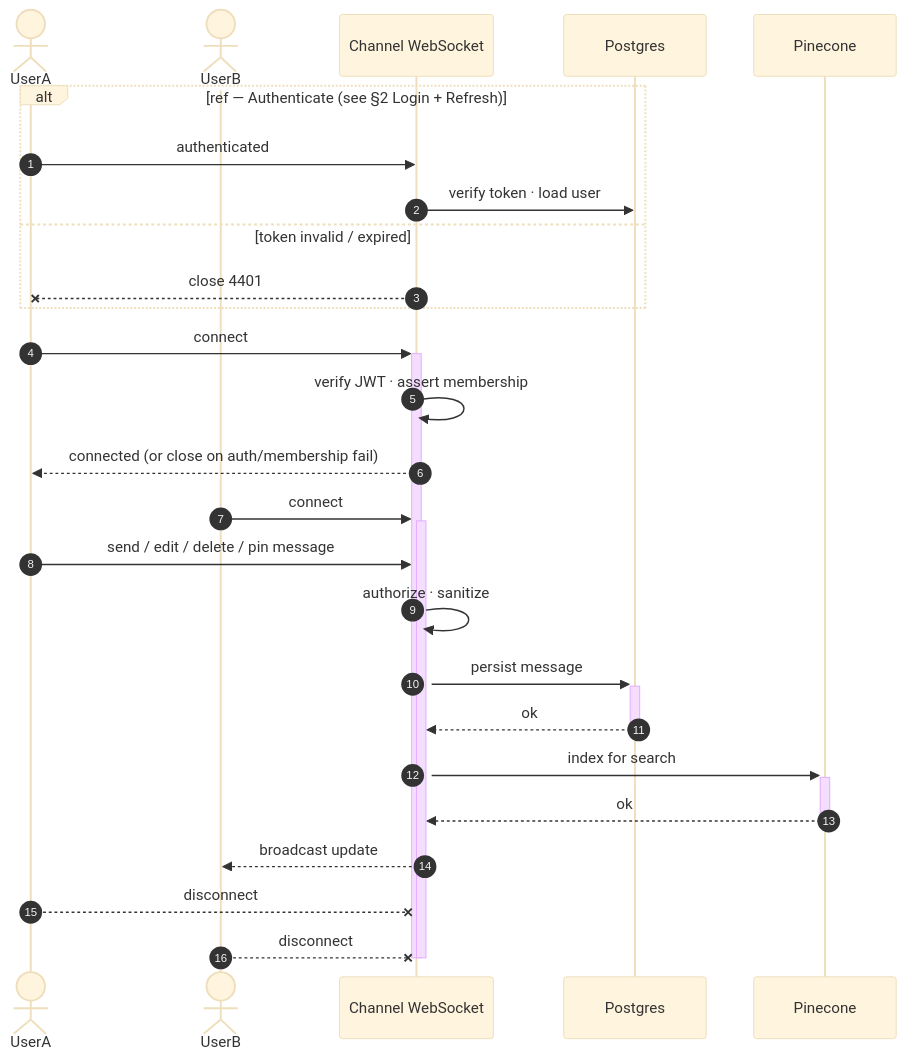
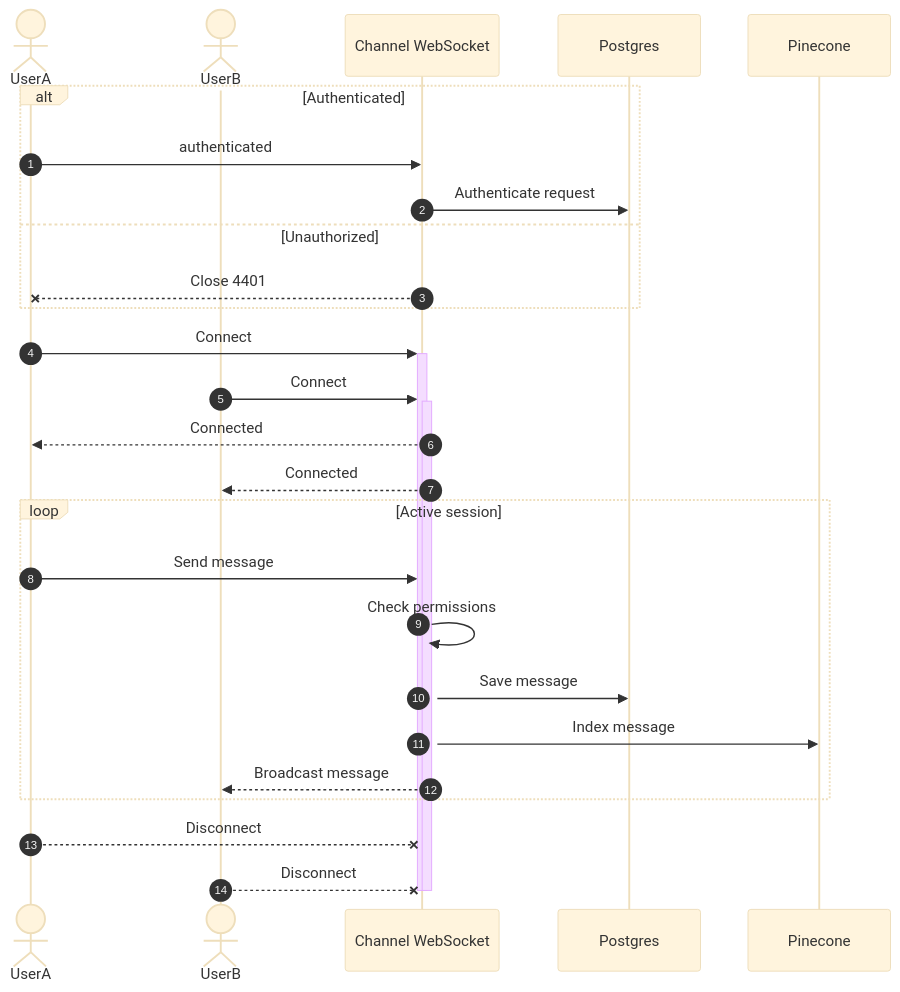
Before and after one commit to MohamedChebbi123/teamnest: the ninth of 16 diagrams in docs/SEQUENCE_DIAGRAMS.md, drawn with Mermaid (base theme). The commit also changed other lines of this file, not shown here.

````diff
--- a/docs/SEQUENCE_DIAGRAMS.md
+++ b/docs/SEQUENCE_DIAGRAMS.md
@@ -261,34 +316,34 @@
 ```mermaid
 sequenceDiagram
     autonumber
     actor UserA
     actor UserB
     participant WS as Channel WebSocket
     participant DB as Postgres
     participant Vec as Pinecone
 
-    alt ref — Authenticate (see §2 Login + Refresh)
+    alt Authenticated
         UserA->>WS: authenticated
-        WS->>DB: verify token · load user
-    else token invalid / expired
-        WS--xUserA: close 4401
+        WS->>DB: Authenticate request
+    else Unauthorized
+        WS--xUserA: Close 4401
     end
 
-    UserA->>+WS: connect
-    WS->>WS: verify JWT · assert membership
-    WS-->>UserA: connected (or close on auth/membership fail)
-    UserB->>+WS: connect
+    UserA->>+WS: Connect
+    UserB->>+WS: Connect
+    WS-->>UserA: Connected
+    WS-->>UserB: Connected
 
-    UserA->>WS: send / edit / delete / pin message
-    WS->>WS: authorize · sanitize
-    WS->>+DB: persist message
-    DB-->>-WS: ok
-    WS->>+Vec: index for search
-    Vec-->>-WS: ok
-    WS-->>UserB: broadcast update
+    loop Active session
+        UserA->>WS: Send message
+        WS->>WS: Check permissions
+        WS->>DB: Save message
+        WS->>Vec: Index message
+        WS-->>UserB: Broadcast message
+    end
 
-    UserA--xWS: disconnect
-    UserB--xWS: disconnect
+    UserA--xWS: Disconnect
+    UserB--xWS: Disconnect
     deactivate WS
     deactivate WS
 ```
````
